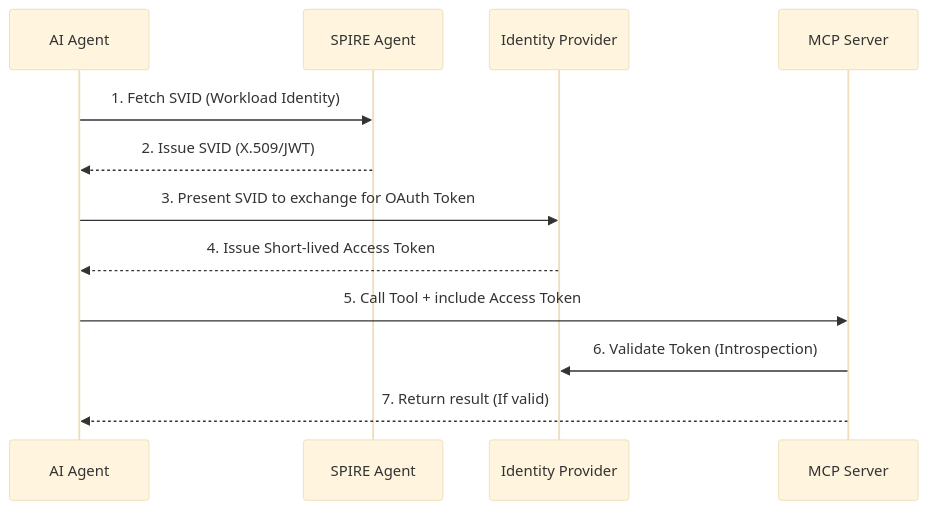
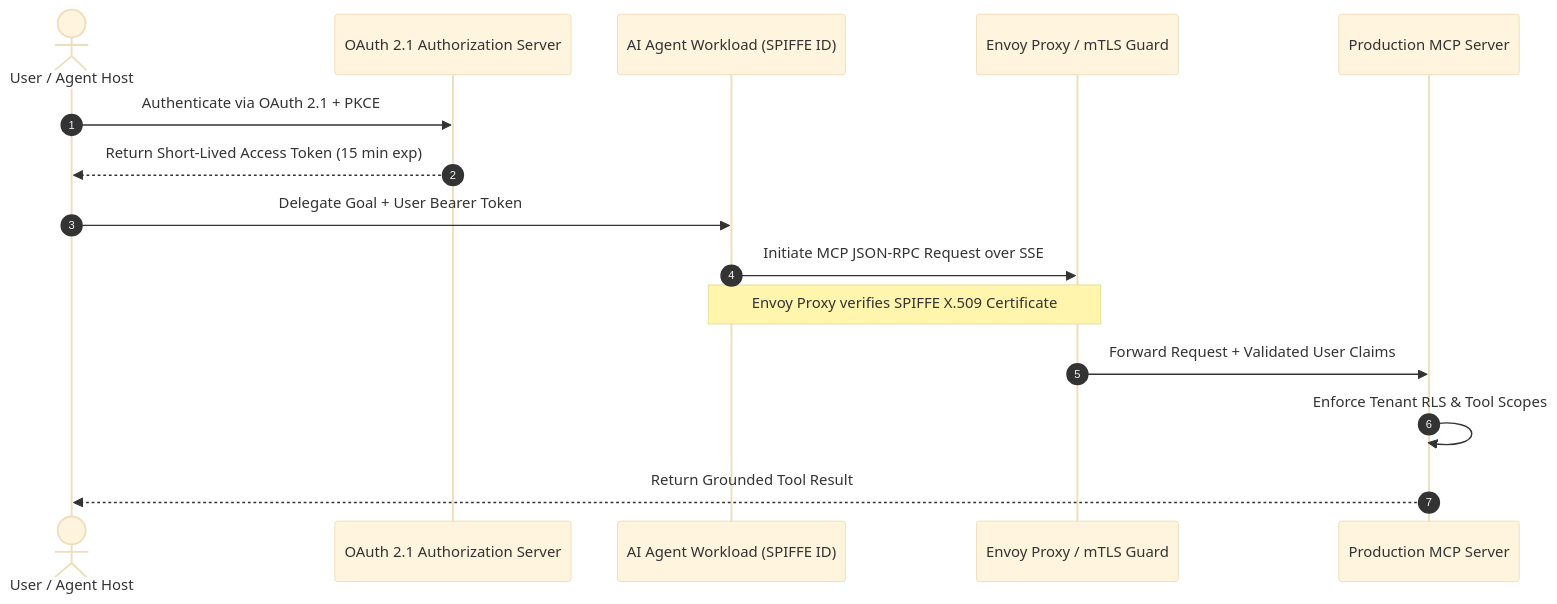
One commit to vesviet/vesviet changed the diagram in content/series/mcp-engineering-in-production/part-3-identity.md. Above: the diagram before and after it, drawn with Mermaid (base theme). The commit also changed other lines of this file and 180 other files, not shown here.

````diff
--- a/content/series/mcp-engineering-in-production/part-3-identity.md
+++ b/content/series/mcp-engineering-in-production/part-3-identity.md
@@ -71,15 +40,20 @@
 ```mermaid
 sequenceDiagram
-    participant A as AI Agent
-    participant S as SPIRE Agent
-    participant IdP as Identity Provider
-    participant MCP as MCP Server
+    autonumber
+    actor User as User / Agent Host
+    participant AuthServer as OAuth 2.1 Authorization Server
+    participant Agent as AI Agent Workload (SPIFFE ID)
+    participant Mesh as Envoy Proxy / mTLS Guard
+    participant MCPServer as Production MCP Server
 
-    A->>S: 1. Fetch SVID (Workload Identity)
-    S-->>A: 2. Issue SVID (X.509/JWT)
-    A->>IdP: 3. Present SVID to exchange for OAuth Token
-    IdP-->>A: 4. Issue Short-lived Access Token
-    A->>MCP: 5. Call Tool + include Access Token
-    MCP->>IdP: 6. Validate Token (Introspection)
-    MCP-->>A: 7. Return result (If valid)
+    User->>AuthServer: Authenticate via OAuth 2.1 + PKCE
+    AuthServer-->>User: Return Short-Lived Access Token (15 min exp)
+    User->>Agent: Delegate Goal + User Bearer Token
+    
+    Agent->>Mesh: Initiate MCP JSON-RPC Request over SSE
+    note over Agent,Mesh: Envoy Proxy verifies SPIFFE X.509 Certificate
+    
+    Mesh->>MCPServer: Forward Request + Validated User Claims
+    MCPServer->>MCPServer: Enforce Tenant RLS & Tool Scopes
+    MCPServer-->>User: Return Grounded Tool Result
 ```
````
